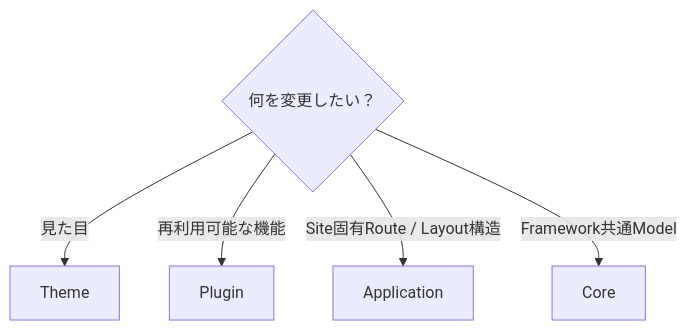
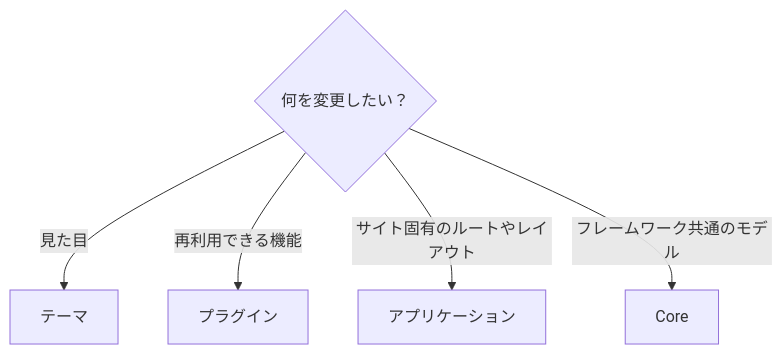
The first of 2 diagrams in docs/docs/framework/theme-system.ja.md (Rerurate514/riebeckite), drawn with Mermaid before and after one commit. The commit also changed other lines of this file and 310 other files, not shown here.

````diff
--- a/docs/docs/framework/theme-system.ja.md
+++ b/docs/docs/framework/theme-system.ja.md
@@ -59,9 +53,9 @@
 ```mermaid id="5c6pd8"
 flowchart TD
     Q{"何を変更したい？"}
 
-    Q -->|"見た目"| Theme["Theme"]
-    Q -->|"再利用可能な機能"| Plugin["Plugin"]
-    Q -->|"Site固有Route / Layout構造"| App["Application"]
-    Q -->|"Framework共通Model"| Core["Core"]
+    Q -->|"見た目"| Theme["テーマ"]
+    Q -->|"再利用できる機能"| Plugin["プラグイン"]
+    Q -->|"サイト固有のルートやレイアウト"| App["アプリケーション"]
+    Q -->|"フレームワーク共通のモデル"| Core["Core"]
 ```
````
